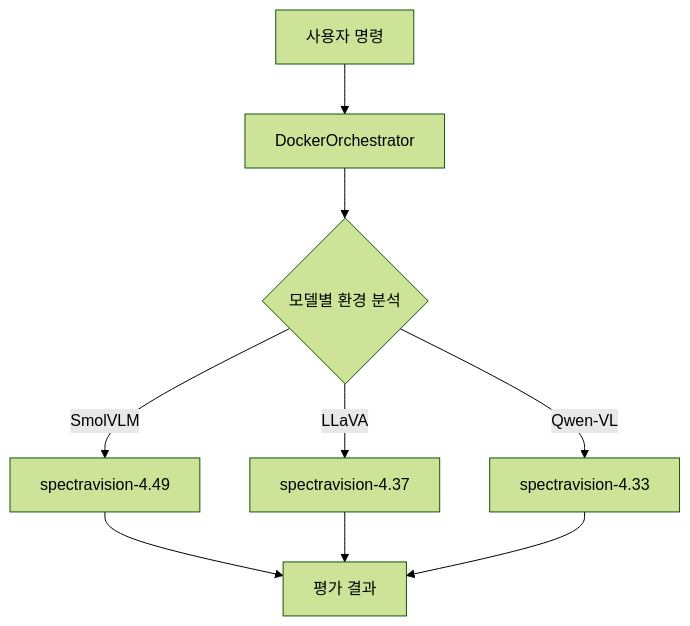
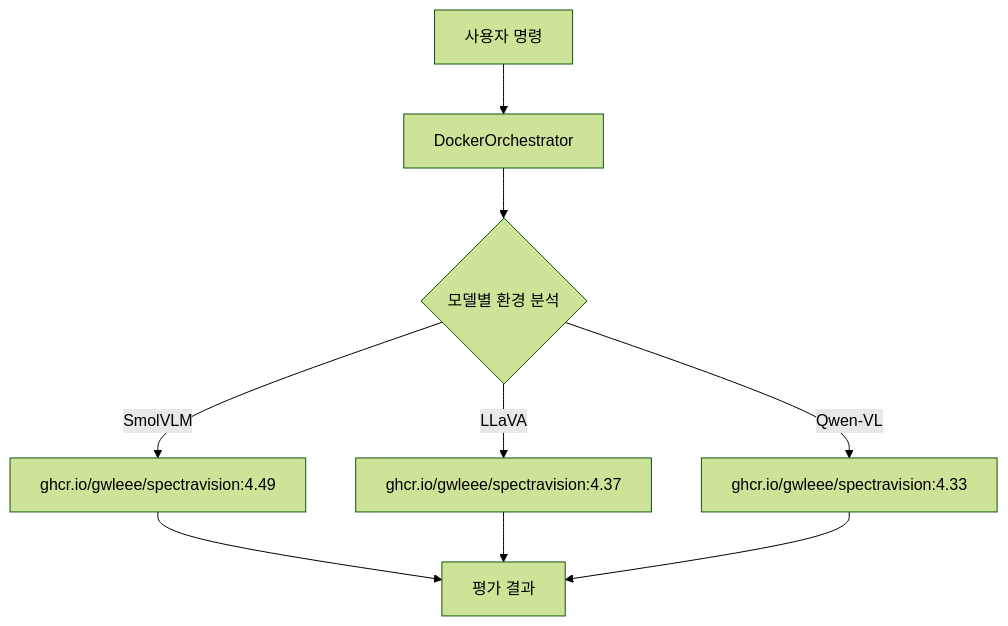
The diagram in DOCKER_USAGE_GUIDE.md (gwleee/SpectraBench-Vision), drawn with Mermaid (forest theme) before and after one commit. The commit also changed other lines of this file and 3 other files, not shown here.

````diff
--- a/DOCKER_USAGE_GUIDE.md
+++ b/DOCKER_USAGE_GUIDE.md
@@ -125,11 +125,11 @@
 ```mermaid
 graph TD
     A[사용자 명령] --> B[DockerOrchestrator]
     B --> C{모델별 환경 분석}
-    C -->|SmolVLM| D[spectravision-4.49]
-    C -->|LLaVA| E[spectravision-4.37] 
-    C -->|Qwen-VL| F[spectravision-4.33]
+    C -->|SmolVLM| D[ghcr.io/gwleee/spectravision:4.49]
+    C -->|LLaVA| E[ghcr.io/gwleee/spectravision:4.37] 
+    C -->|Qwen-VL| F[ghcr.io/gwleee/spectravision:4.33]
     D --> G[평가 결과]
     E --> G
     F --> G
 ```
````
